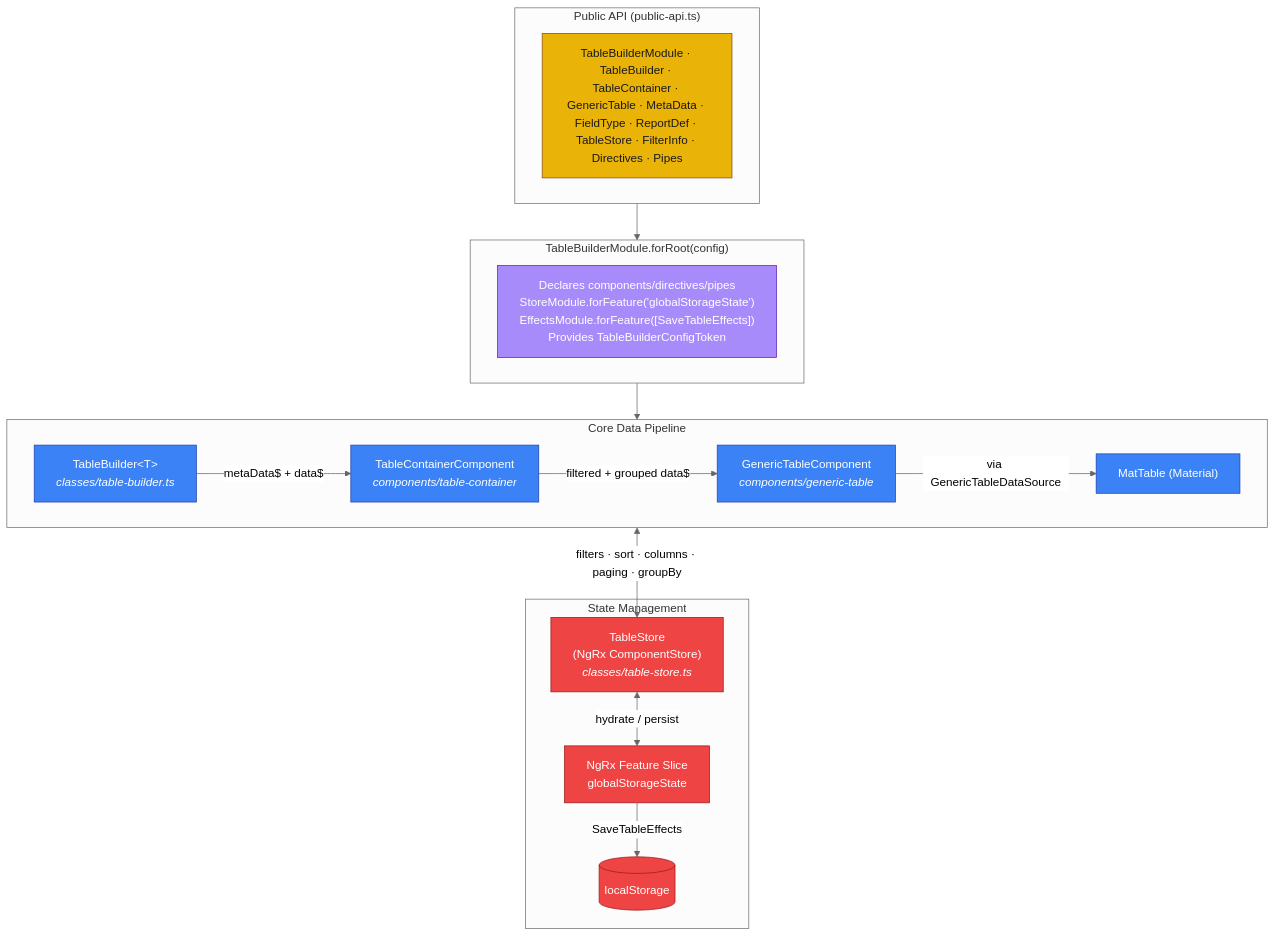
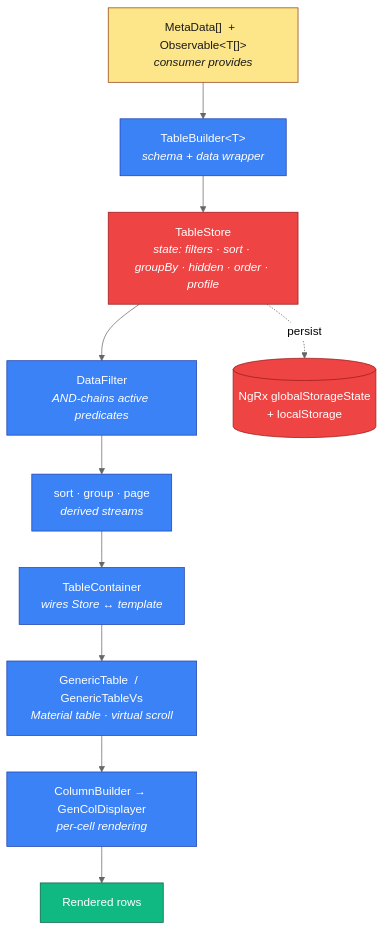
Before and after one commit to Yitzchak-Holtzberg/OodleTableBuilder: the first of 5 diagrams in docs/table-builder-map.md, drawn with Mermaid (neutral theme). The commit also changed other lines of this file, not shown here.

First line of the commit message:
docs: reorganize table-builder map around the pipeline mental model

````diff
--- a/docs/table-builder-map.md
+++ b/docs/table-builder-map.md
@@ -9,45 +11,26 @@
 ```mermaid
 flowchart TB
-    subgraph PUBLIC["Public API (public-api.ts)"]
-        PAPI["TableBuilderModule · TableBuilder · TableContainer · GenericTable · MetaData · FieldType · ReportDef · TableStore · FilterInfo · Directives · Pipes"]
-    end
+    IN["MetaData[]  +  Observable&lt;T[]&gt;<br/><i>consumer provides</i>"]
 
-    subgraph MOD["TableBuilderModule.forRoot(config)"]
-        MODwire["Declares components/directives/pipes<br/>StoreModule.forFeature('globalStorageState')<br/>EffectsModule.forFeature([SaveTableEffects])<br/>Provides TableBuilderConfigToken"]
-    end
+    TB["TableBuilder&lt;T&gt;<br/><i>schema + data wrapper</i>"]
+    TS["TableStore<br/><i>state: filters · sort · groupBy · hidden · order · profile</i>"]
+    DF["DataFilter<br/><i>AND-chains active predicates</i>"]
+    XFORM["sort · group · page<br/><i>derived streams</i>"]
+    TC["TableContainer<br/><i>wires Store ↔ template</i>"]
+    GT["GenericTable  /  GenericTableVs<br/><i>Material table · virtual scroll</i>"]
+    CB["ColumnBuilder → GenColDisplayer<br/><i>per-cell rendering</i>"]
 
-    subgraph CORE["Core Data Pipeline"]
-        direction LR
-        TB["TableBuilder&lt;T&gt;<br/><i>classes/table-builder.ts</i>"]
-        TC["TableContainerComponent<br/><i>components/table-container</i>"]
-        GT["GenericTableComponent<br/><i>components/generic-table</i>"]
-        MT["MatTable (Material)"]
+    IN --> TB --> TS
+    TS --> DF --> XFORM --> TC --> GT --> CB --> OUT["Rendered rows"]
 
-        TB -->|"metaData$ + data$"| TC
-        TC -->|"filtered + grouped data$"| GT
-        GT -->|"via GenericTableDataSource"| MT
-    end
+    TS -.persist.-> LS[("NgRx globalStorageState<br/>+ localStorage")]
 
-    subgraph STATE["State Management"]
-        TS["TableStore<br/>(NgRx ComponentStore)<br/><i>classes/table-store.ts</i>"]
-        NGRX["NgRx Feature Slice<br/>globalStorageState"]
-        LS[("localStorage")]
-
-        TS <-->|"hydrate / persist"| NGRX
-        NGRX -->|"SaveTableEffects"| LS
-    end
-
-    TC <-->|"filters · sort · columns · paging · groupBy"| TS
-
-    PUBLIC --> MOD
-    MOD --> CORE
-
-    classDef pub fill:#eab308,stroke:#854d0e,color:#1a1a1a
-    classDef mod fill:#a78bfa,stroke:#5b21b6,color:#fff
+    classDef in fill:#fde68a,stroke:#92400e,color:#1a1a1a
     classDef core fill:#3b82f6,stroke:#1e40af,color:#fff
     classDef state fill:#ef4444,stroke:#991b1b,color:#fff
-    class PAPI pub
-    class MODwire mod
-    class TB,TC,GT,MT core
-    class TS,NGRX,LS state
+    classDef out fill:#10b981,stroke:#065f46,color:#fff
+    class IN in
+    class TB,DF,XFORM,TC,GT,CB core
+    class TS,LS state
+    class OUT out
 ```
````
